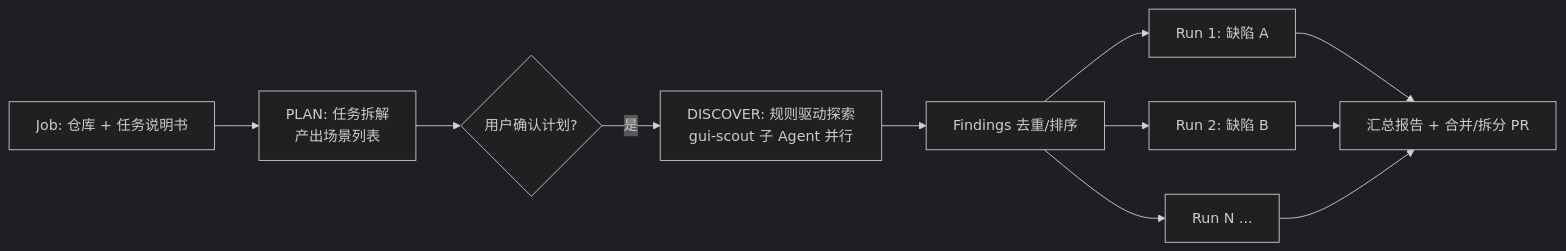
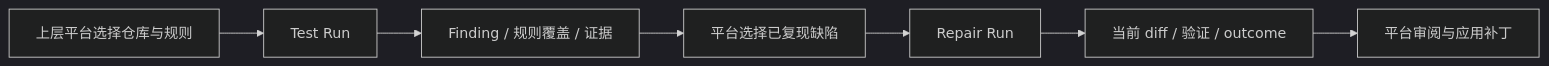
One commit to BUPTtsy/TraceFix-Agent changed the second of 2 diagrams in docs/产品说明手册/03-Agent运行时/主循环与状态机.md. Above: the diagram before and after it, drawn with Mermaid (dark theme). The commit also changed other lines of this file and 22 other files, not shown here.

````diff
--- a/docs/产品说明手册/03-Agent运行时/主循环与状态机.md
+++ b/docs/产品说明手册/03-Agent运行时/主循环与状态机.md
@@ -92,11 +93,9 @@
 ```mermaid
 flowchart LR
-  J[Job: 仓库 + 任务说明书] --> P[PLAN: 任务拆解<br/>产出场景列表]
-  P --> A{用户确认计划?}
-  A -- 是 --> D[DISCOVER: 规则驱动探索<br/>gui-scout 子 Agent 并行]
-  D --> F[Findings 去重/排序]
-  F --> R1[Run 1: 缺陷 A]
-  F --> R2[Run 2: 缺陷 B]
-  F --> R3[Run N ...]
-  R1 & R2 & R3 --> AGG[汇总报告 + 合并/拆分 PR]
+  P[上层平台选择仓库与规则] --> T[Test Run]
+  T --> F[Finding / 规则覆盖 / 证据]
+  F --> S[平台选择已复现缺陷]
+  S --> R[Repair Run]
+  R --> V[当前 diff / 验证 / outcome]
+  V --> A[平台审阅与应用补丁]
 ```
````
